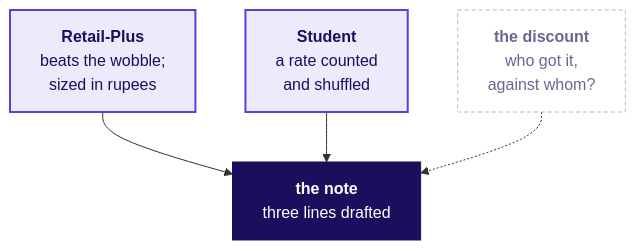
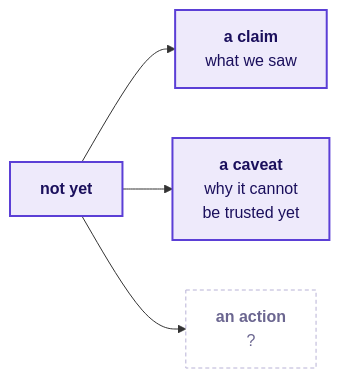
Diagram 30 of 32 in content/W01/D4/slides/C2_W01_D04_half1_STUDENT.md (fde-academy-lab/c2-content-factory), drawn with Mermaid before and after one commit. The commit also changed other lines of this file and 13 other files, not shown here.

````diff
--- a/content/W01/D4/slides/C2_W01_D04_half1_STUDENT.md
+++ b/content/W01/D4/slides/C2_W01_D04_half1_STUDENT.md
@@ -840,12 +1355,10 @@
 ```mermaid
-flowchart TB
-    A["<b>Retail-Plus</b><br/>beats the wobble;<br/>sized in rupees"] --> N["<b>the note</b><br/>three lines drafted"]
-    B["<b>Student</b><br/>a rate counted<br/>and shuffled"] --> N
-    C["<b>the discount</b><br/>who got it,<br/>against whom?"] -.-> N
+flowchart LR
+    N["<b>not yet</b>"] --> A["<b>a claim</b><br/>what we saw"]
+    N --> B["<b>a caveat</b><br/>why it cannot<br/>be trusted yet"]
+    N --> C["<b>an action</b><br/>?"]
     classDef known fill:#EEEAFB,stroke:#5B3FD6,color:#1A0F5C,stroke-width:2px
     classDef unknown fill:#FFFFFF,stroke:#B8B2D6,color:#6B6690,stroke-dasharray:4 3
-    classDef bet fill:#1A0F5C,stroke:#1A0F5C,color:#FFFFFF
-    class A,B known
+    class N,A,B known
     class C unknown
-    class N bet
 ```
````
